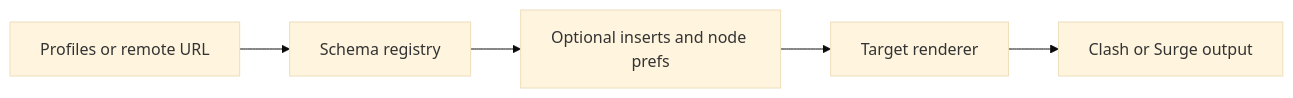
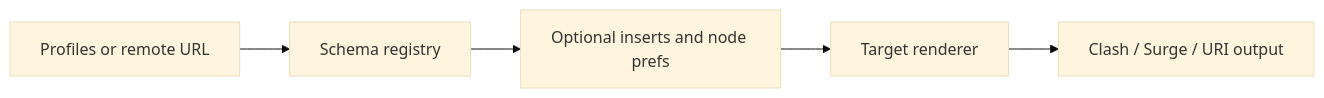
One commit to YooLc/subcon changed the diagram in docs/index.md. Above: the diagram before and after it, drawn with Mermaid (base theme). The commit also changed other lines of this file and 22 other files, not shown here.

````diff
--- a/docs/index.md
+++ b/docs/index.md
@@ -27,7 +27,7 @@
 ``` mermaid
 graph LR
   A[Profiles or remote URL] --> B[Schema registry]
   B --> C[Optional inserts and node prefs]
   C --> D[Target renderer]
-  D --> E[Clash or Surge output]
+  D --> E[Clash / Surge / URI output]
 ```
````
